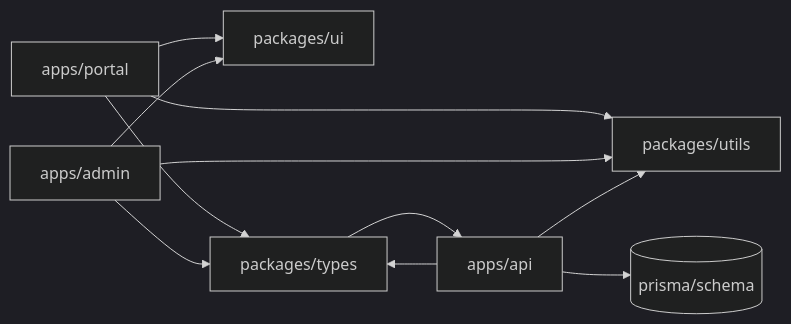
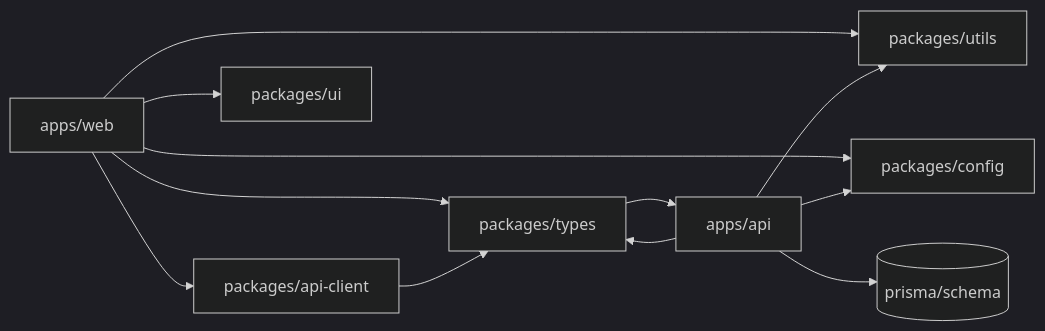
One commit to mohamad-amujaki/game_edukatif_anak changed the diagram in docs/recommendations.md. Above: the diagram before and after it, drawn with Mermaid (dark theme). The commit also changed other lines of this file and 192 other files, not shown here.

````diff
--- a/docs/recommendations.md
+++ b/docs/recommendations.md
@@ -488,13 +500,23 @@
 ```mermaid
 graph LR
-  portal[apps/portal] --> ui[packages/ui]
-  portal --> utils[packages/utils]
-  portal --> types[packages/types]
-  admin[apps/admin] --> ui
-  admin --> utils
-  admin --> types
-  api[apps/api] --> utils
+  web[apps/web]
+  api[apps/api]
+  apiClient[packages/api-client]
+  ui[packages/ui]
+  configPkg[packages/config]
+  utils[packages/utils]
+  types[packages/types]
+  prisma[(prisma/schema)]
+
+  web --> apiClient
+  web --> ui
+  web --> utils
+  web --> types
+  web --> configPkg
+  apiClient --> types
+  api --> utils
   api --> types
-  api --> prisma[(prisma/schema)]
+  api --> configPkg
+  api --> prisma
   types --> api
 ```
````
